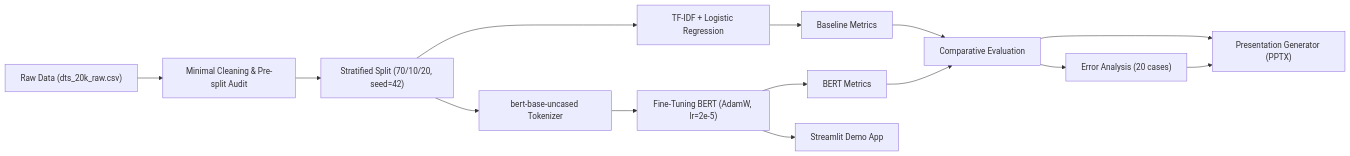
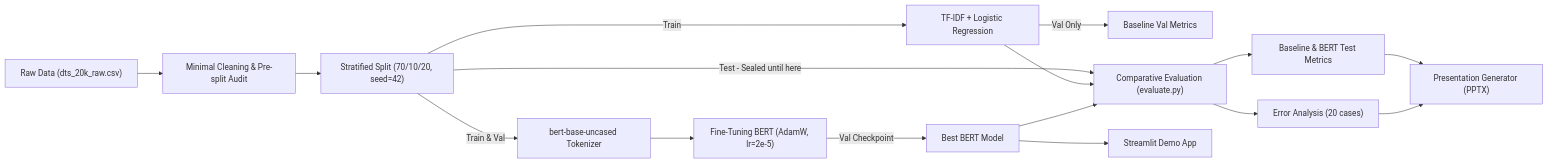
Before and after one commit to SCuong/Bert: the diagram in docs/02_project_spec.md, drawn with Mermaid. The commit also changed other lines of this file and 12 other files, not shown here.

````diff
--- a/docs/02_project_spec.md
+++ b/docs/02_project_spec.md
@@ -79,14 +79,16 @@
 ```mermaid
 flowchart LR
     A["Raw Data (dts_20k_raw.csv)"] --> B["Minimal Cleaning & Pre-split Audit"]
     B --> C["Stratified Split (70/10/20, seed=42)"]
-    C --> D1["TF-IDF + Logistic Regression"]
-    C --> D2["bert-base-uncased Tokenizer"]
+    C -->|Train| D1["TF-IDF + Logistic Regression"]
+    C -->|Train & Val| D2["bert-base-uncased Tokenizer"]
     D2 --> E["Fine-Tuning BERT (AdamW, lr=2e-5)"]
-    D1 --> F1["Baseline Metrics"]
-    E --> F2["BERT Metrics"]
-    F1 & F2 --> G["Comparative Evaluation"]
-    G --> H["Error Analysis (20 cases)"]
-    E --> I["Streamlit Demo App"]
-    G & H --> J["Presentation Generator (PPTX)"]
+    D1 -->|Val Only| F1["Baseline Val Metrics"]
+    E -->|Val Checkpoint| F2["Best BERT Model"]
+    C -->|Test - Sealed until here| G["Comparative Evaluation (evaluate.py)"]
+    D1 & F2 --> G
+    G --> H["Baseline & BERT Test Metrics"]
+    G --> I["Error Analysis (20 cases)"]
+    F2 --> J["Streamlit Demo App"]
+    H & I --> K["Presentation Generator (PPTX)"]
 ```
````
